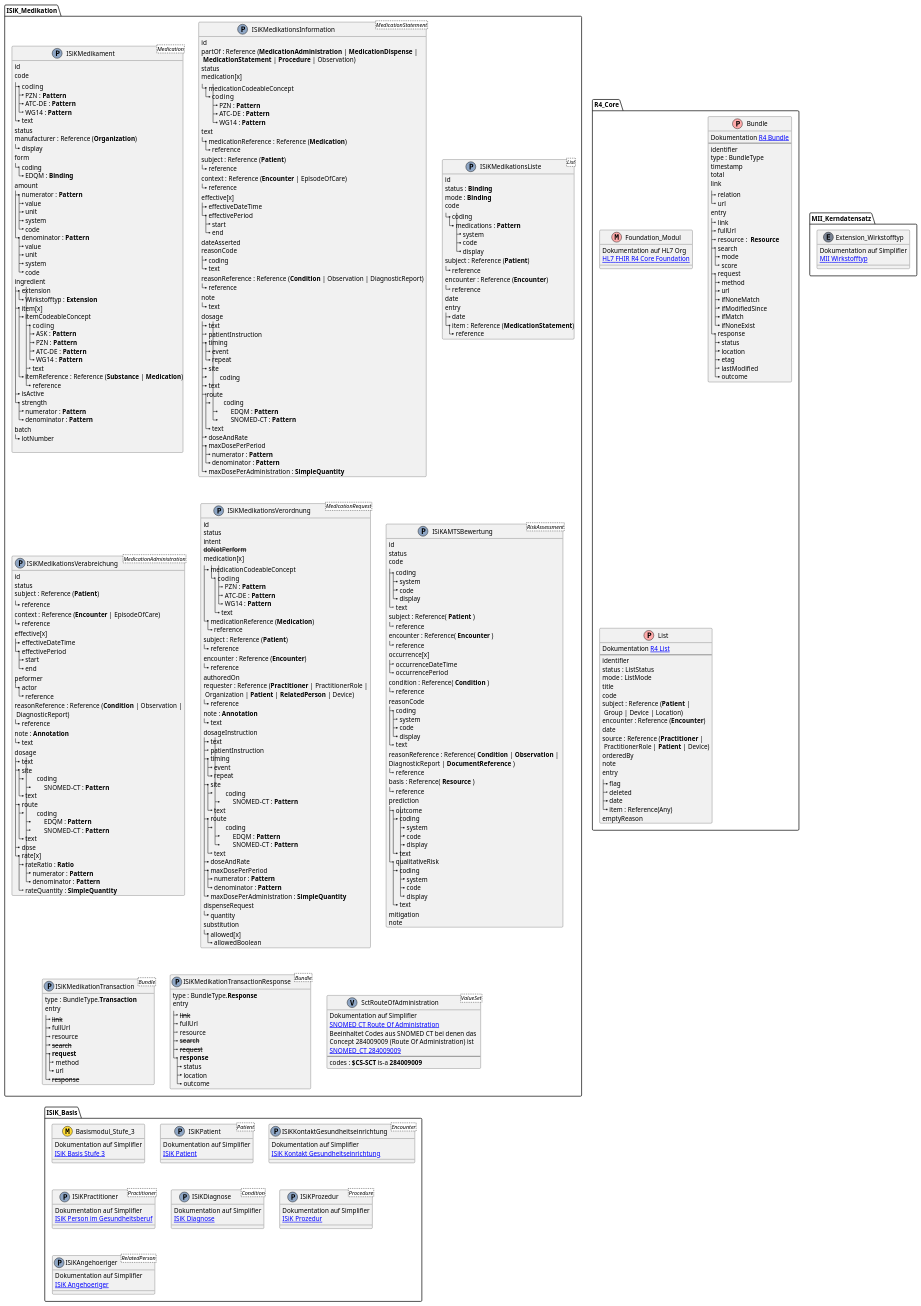
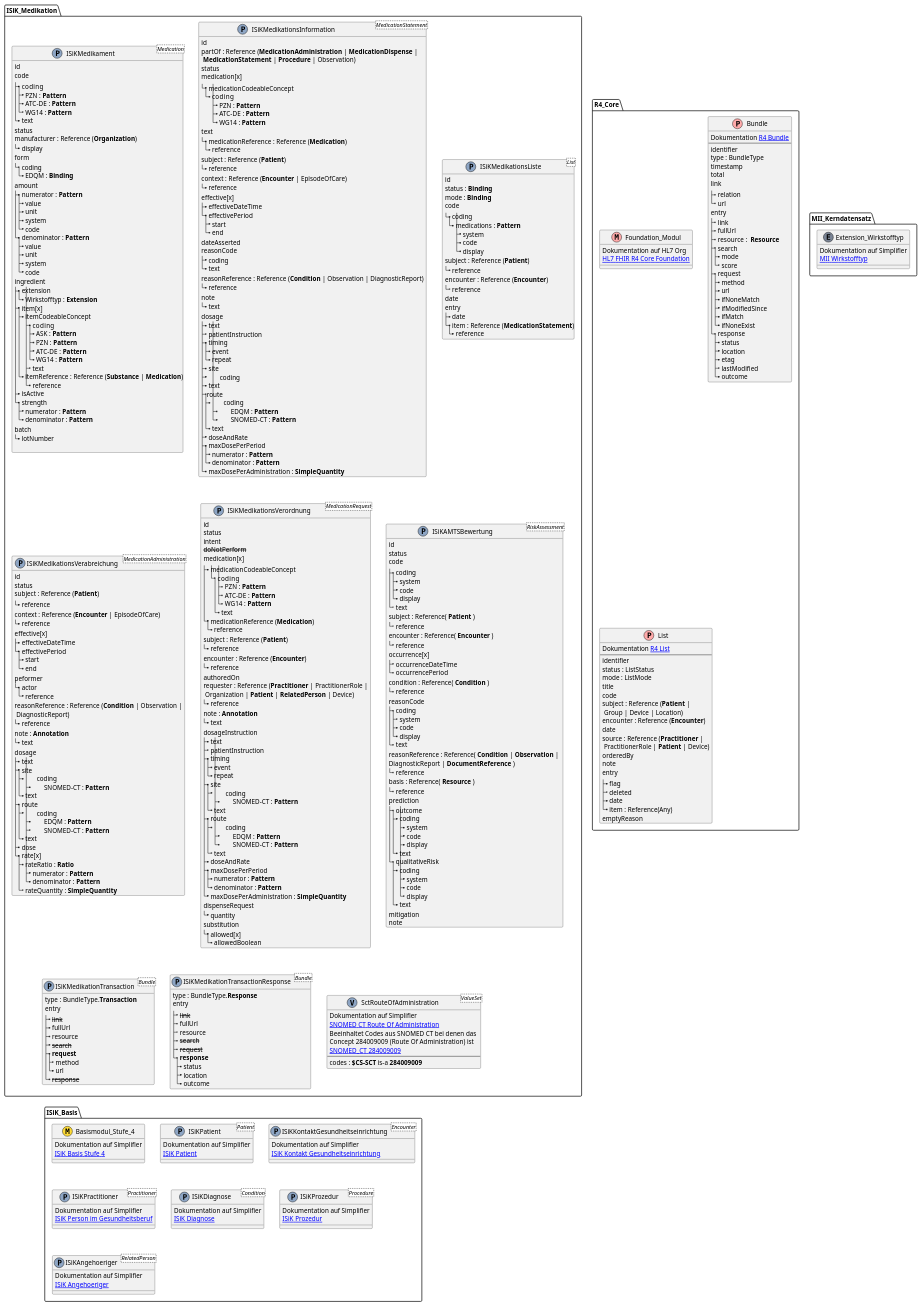
One commit to gematik/spec-ISiK-Medikation changed the second of 2 diagrams in Material/images/src/plantuml/resourcediagram.puml. Above: the diagram before and after it, drawn with PlantUML. The commit also changed 7 other files, not shown here.

```diff
--- a/Material/images/src/plantuml/resourcediagram.puml
+++ b/Material/images/src/plantuml/resourcediagram.puml
@@ -428,9 +428,9 @@
 }
 
 namespace ISiK_Basis {
-   class Basismodul_Stufe_3 <<(M,#FFDC36)>>{
+   class Basismodul_Stufe_4 <<(M,#FFDC36)>>{
       Dokumentation auf Simplifier 
-      [[https://simplifier.net/isik-basis-v4/~introduction ISiK Basis Stufe 3]]
+      [[https://simplifier.net/isik-basis-v4/~introduction ISiK Basis Stufe 4]]
    }
    class ISiKPatient <Patient><<(P,#8DA5C4)>>{
       Dokumentation auf Simplifier 
```
